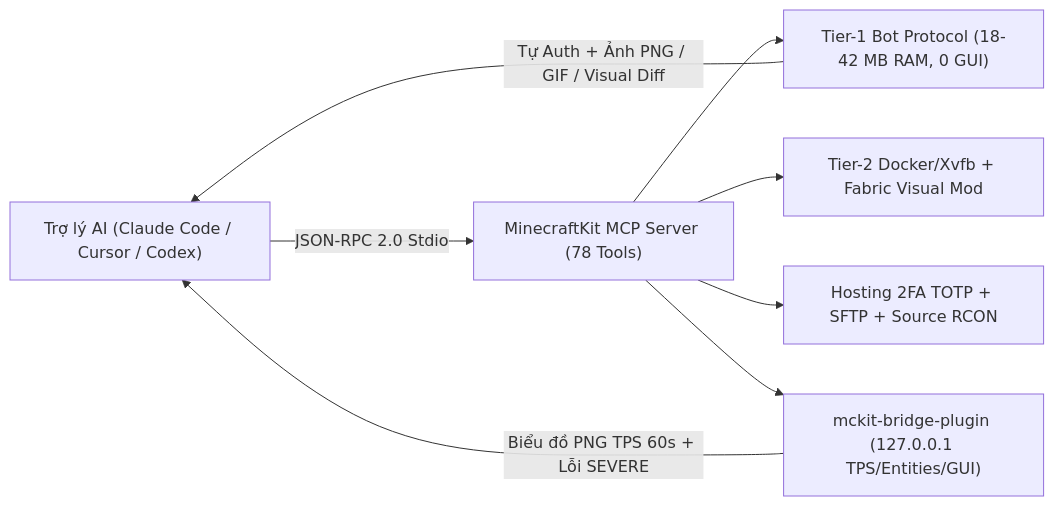
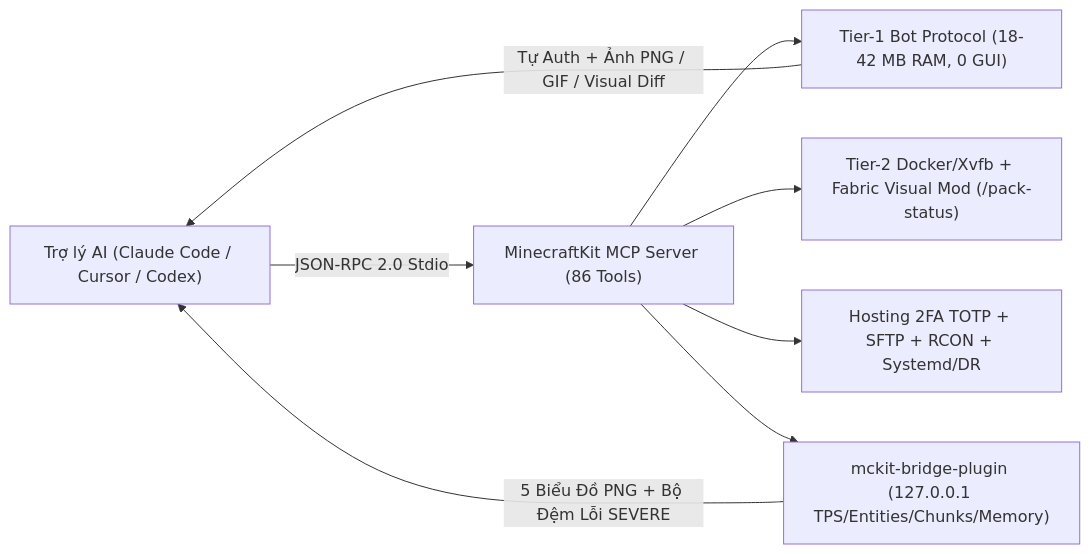
One commit to SalyyS1/minecraftkit changed the diagram in README.vi.md. Above: the diagram before and after it, drawn with Mermaid. The commit also changed other lines of this file and 13 other files, not shown here.

Commit message:
feat(v8.0.0): Flagship Edition — 86 MCP Tools (MythicMobs/MMOItems Linter), 7-Engine Offline Lab & Cloud Offload Matrix

````diff
--- a/README.vi.md
+++ b/README.vi.md
@@ -11,10 +11,10 @@
 ```mermaid
 flowchart LR
-  AI["Trợ lý AI (Claude Code / Cursor / Codex)"] -->|JSON-RPC 2.0 Stdio| MCP["MinecraftKit MCP Server (78 Tools)"]
+  AI["Trợ lý AI (Claude Code / Cursor / Codex)"] -->|JSON-RPC 2.0 Stdio| MCP["MinecraftKit MCP Server (86 Tools)"]
   MCP --> BOT["Tier-1 Bot Protocol (18-42 MB RAM, 0 GUI)"]
-  MCP --> VIS["Tier-2 Docker/Xvfb + Fabric Visual Mod"]
-  MCP --> OPS["Hosting 2FA TOTP + SFTP + Source RCON"]
-  MCP --> BRIDGE["mckit-bridge-plugin (127.0.0.1 TPS/Entities/GUI)"]
+  MCP --> VIS["Tier-2 Docker/Xvfb + Fabric Visual Mod (/pack-status)"]
+  MCP --> OPS["Hosting 2FA TOTP + SFTP + RCON + Systemd/DR"]
+  MCP --> BRIDGE["mckit-bridge-plugin (127.0.0.1 TPS/Entities/Chunks/Memory)"]
   BOT -->|Tự Auth + Ảnh PNG / GIF / Visual Diff| AI
-  BRIDGE -->|Biểu đồ PNG TPS 60s + Lỗi SEVERE| AI
+  BRIDGE -->|5 Biểu Đồ PNG + Bộ Đệm Lỗi SEVERE| AI
 ```
````
